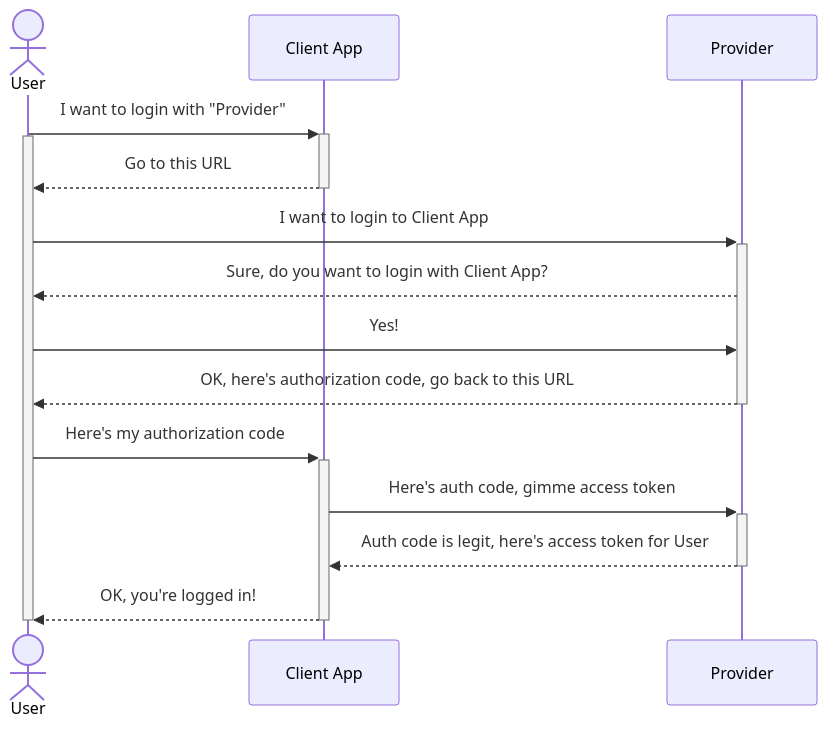
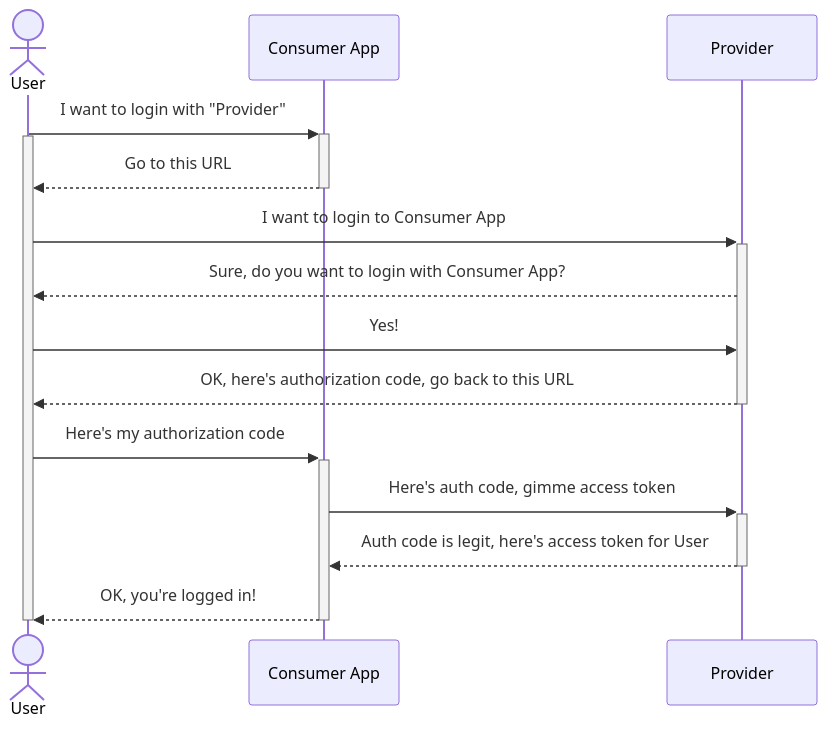
Before and after one commit to jnv/bitoff.org: the first of 2 diagrams in posts/2023-01-15-pocket-api-auth/index.md, drawn with Mermaid. The commit also changed other lines of this file, not shown here.

````diff
--- a/posts/2023-01-15-pocket-api-auth/index.md
+++ b/posts/2023-01-15-pocket-api-auth/index.md
@@ -20,18 +20,18 @@
 ```mermaid
 sequenceDiagram
     actor U as User
-    participant A as Client App
+    participant A as Consumer App
     participant P as Provider
     U->>+A: I want to login with "Provider"
     activate U
     A-->>-U: Go to this URL
-    U->>+P: I want to login to Client App
-    P-->>U: Sure, do you want to login with Client App?
+    U->>+P: I want to login to Consumer App
+    P-->>U: Sure, do you want to login with Consumer App?
     U->>P: Yes!
     P-->>-U: OK, here's authorization code, go back to this URL
     U->>+A: Here's my authorization code
     A->>+P: Here's auth code, gimme access token
     P-->>-A: Auth code is legit, here's access token for User
     A-->>-U: OK, you're logged in!
     deactivate U
 ```
````
